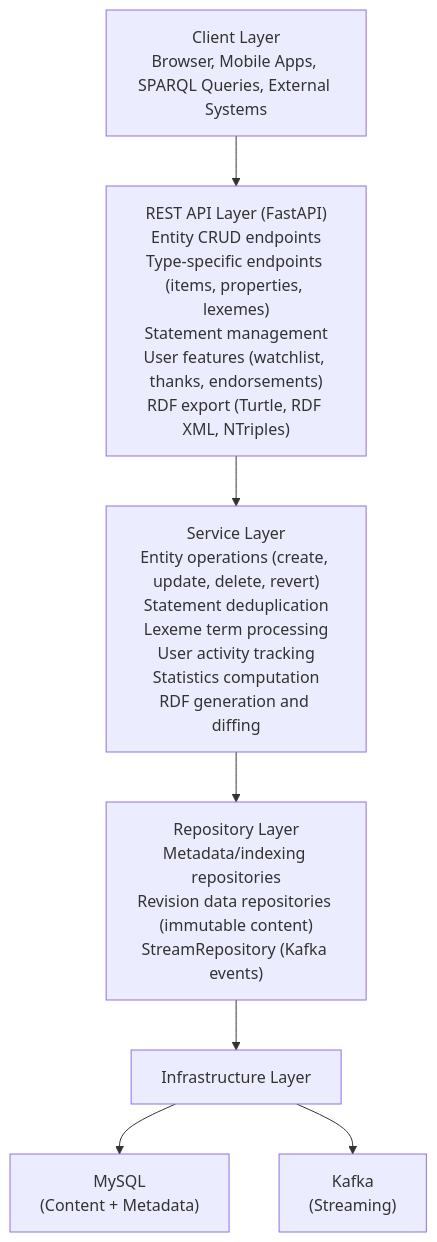
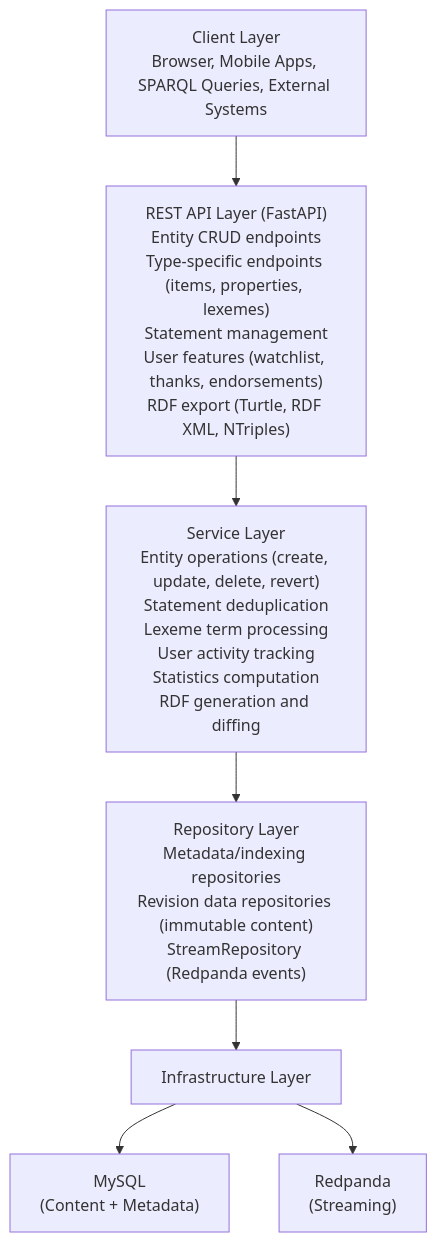
One commit to Entitybasedev/entitybase-monorepo changed the diagram in docs/ARCHITECTURE/ARCHITECTURE.md. Above: the diagram before and after it, drawn with Mermaid. The commit also changed other lines of this file and 21 other files, not shown here.

First line of the commit message:
Docs and health: Kafka -> Redpanda, drop vitess from the api health

````diff
--- a/docs/ARCHITECTURE/ARCHITECTURE.md
+++ b/docs/ARCHITECTURE/ARCHITECTURE.md
@@ -24,15 +24,15 @@
 ```mermaid
 flowchart TB
     Client["Client Layer<br/>Browser, Mobile Apps, SPARQL Queries, External Systems"]
     API["REST API Layer (FastAPI)<br/>Entity CRUD endpoints<br/>Type-specific endpoints (items, properties, lexemes)<br/>Statement management<br/>User features (watchlist, thanks, endorsements)<br/>RDF export (Turtle, RDF XML, NTriples)"]
     Services["Service Layer<br/>Entity operations (create, update, delete, revert)<br/>Statement deduplication<br/>Lexeme term processing<br/>User activity tracking<br/>Statistics computation<br/>RDF generation and diffing"]
-    Repos["Repository Layer<br/>Metadata/indexing repositories<br/>Revision data repositories (immutable content)<br/>StreamRepository (Kafka events)"]
+    Repos["Repository Layer<br/>Metadata/indexing repositories<br/>Revision data repositories (immutable content)<br/>StreamRepository (Redpanda events)"]
     Infra["Infrastructure Layer"]
 
     MySQL["MySQL<br/>(Content + Metadata)"]
-    Kafka["Kafka<br/>(Streaming)"]
+    Redpanda["Redpanda<br/>(Streaming)"]
 
     Client --> API --> Services --> Repos --> Infra
     Infra --> MySQL
-    Infra --> Kafka
+    Infra --> Redpanda
 ```
````
